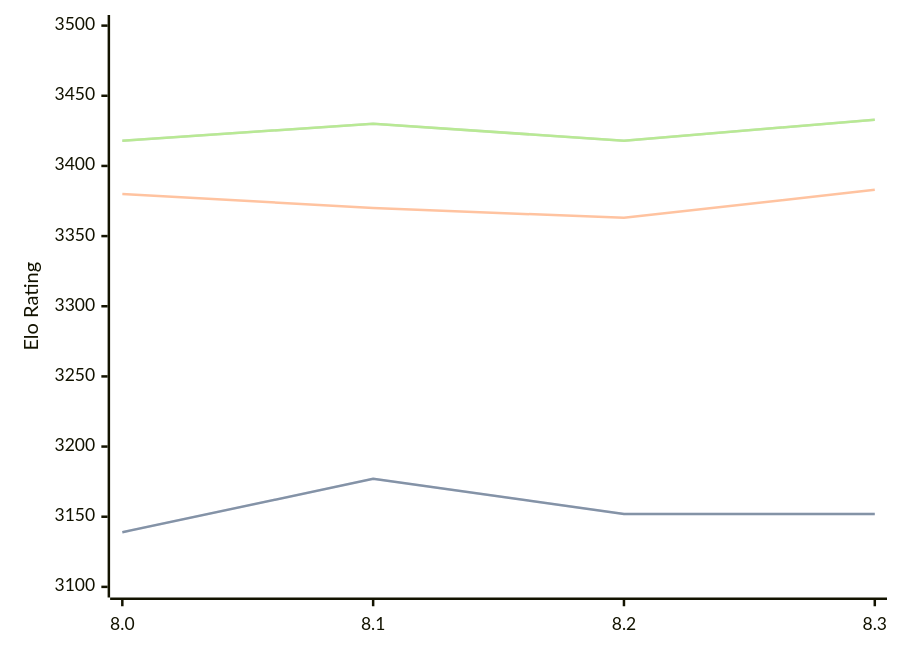
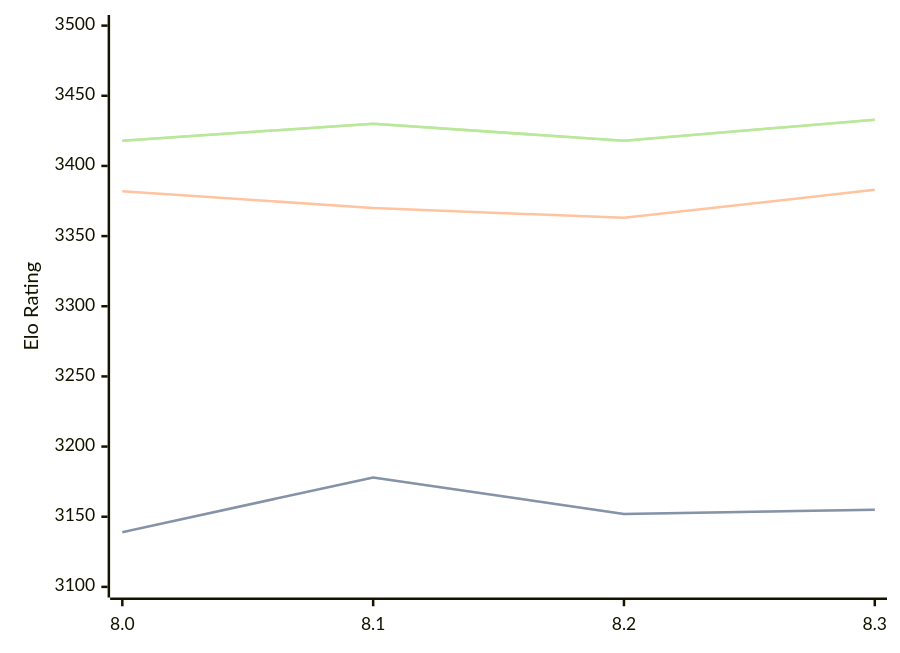
Before and after one commit to computer-chess-index/cci: the diagram in engines/Alexander.md, drawn with Mermaid. The commit also changed other lines of this file, not shown here.

````diff
--- a/engines/Alexander.md
+++ b/engines/Alexander.md
@@ -34,11 +34,11 @@
 ```mermaid
 %%{init: {"theme":"base","themeVariables":{"seriesColors:['#a3a3a3','#222221','#faa371']}}}%%
 xychart-beta
   x-axis ["8.0", "8.1", "8.2", "8.3"]
   y-axis "Elo Rating" 3100 --> 3500
-  line "" [3139, 3177, 3152, 3152]
-  line "STC (8.0+0.08s)" [3139, 3177, 3152, 3152]
-  line "LTC (60.0+0.60s)" [3380, 3370, 3363, 3383]
+  line "" [3139, 3178, 3152, 3155]
+  line "STC (8.0+0.08s)" [3139, 3178, 3152, 3155]
+  line "LTC (60.0+0.60s)" [3382, 3370, 3363, 3383]
   line "" [3418, 3430, 3418, 3433]
   line "VLTC (2m24s+1.12s)" [3418, 3430, 3418, 3433]
 ```
````
